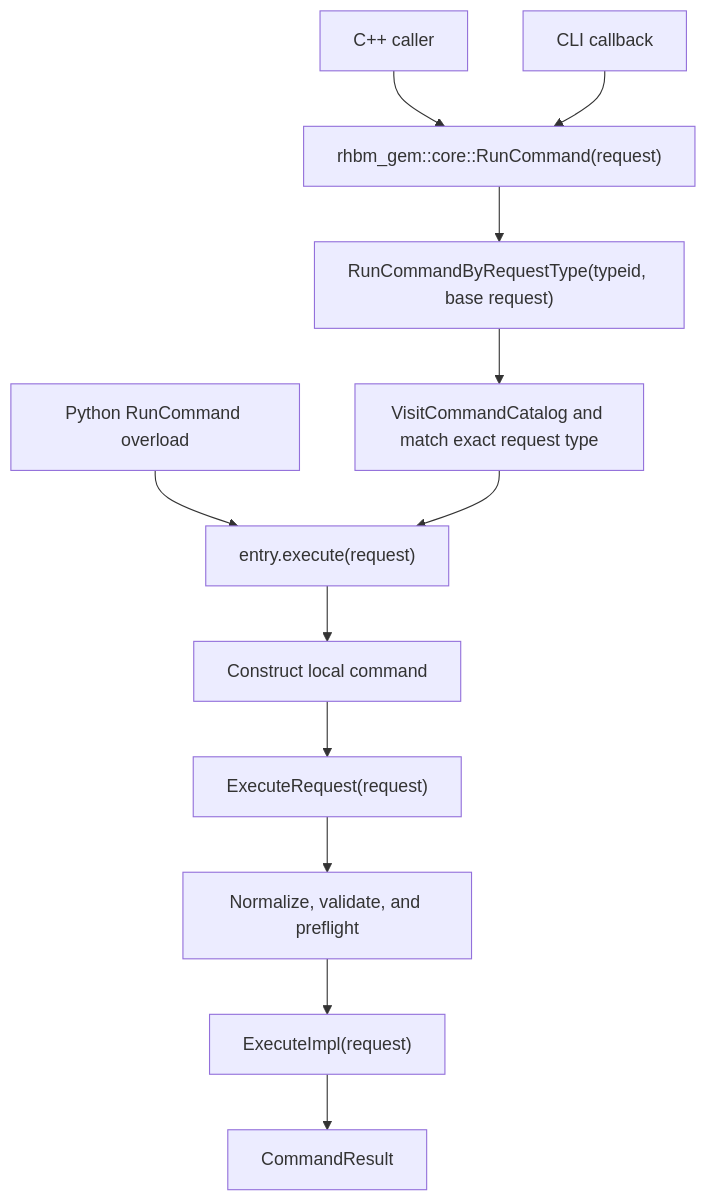
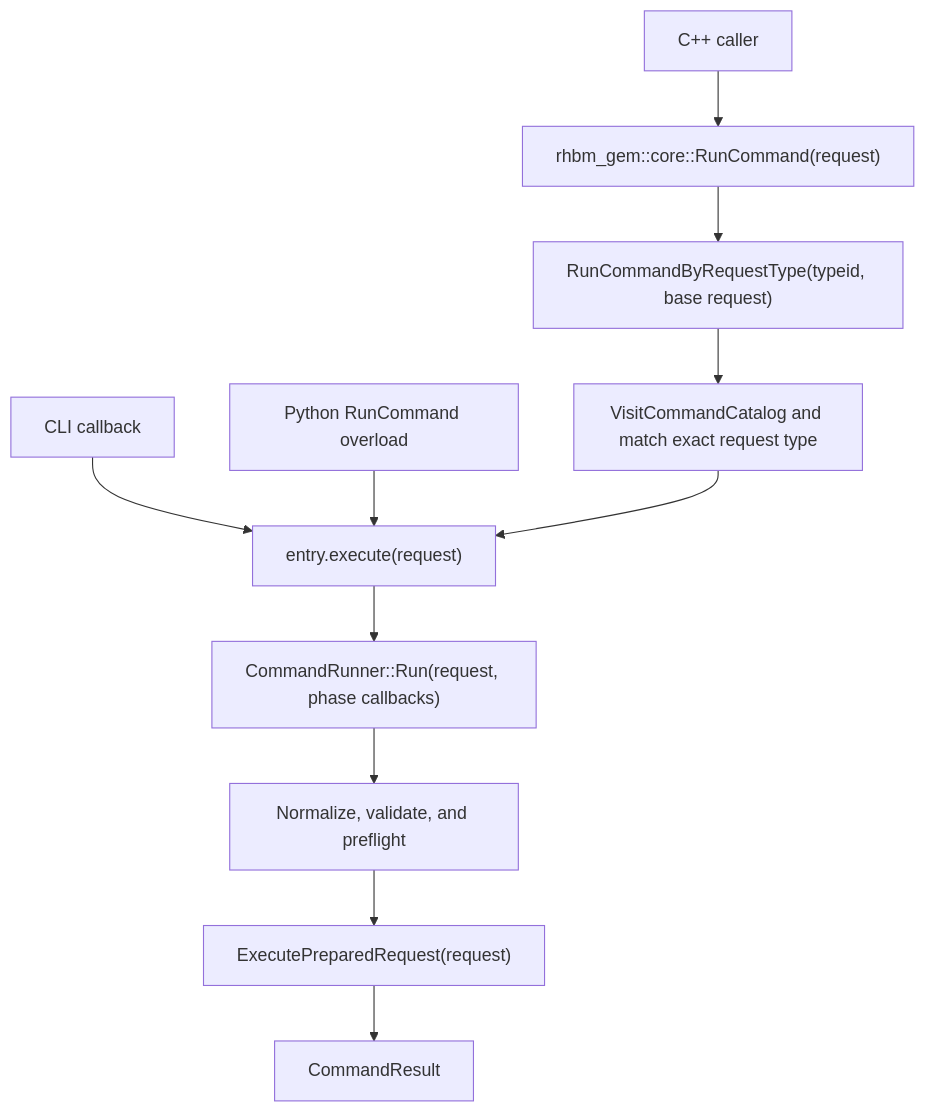
The diagram in docs/developer/architecture/command-architecture.md (yslianTim/rhbm_gem), drawn with Mermaid before and after one commit. The commit also changed other lines of this file and 22 other files, not shown here.

````diff
--- a/docs/developer/architecture/command-architecture.md
+++ b/docs/developer/architecture/command-architecture.md
@@ -103,14 +102,13 @@
 ```mermaid
 flowchart TD
     A["C++ caller"] --> B["rhbm_gem::core::RunCommand(request)"]
-    C["CLI callback"] --> B
     B --> D["RunCommandByRequestType(typeid, base request)"]
     D --> E["VisitCommandCatalog and match exact request type"]
-    F["Python RunCommand overload"] --> G["entry.execute(request)"]
+    C["CLI callback"] --> G["entry.execute(request)"]
+    F["Python RunCommand overload"] --> G
     E --> G
-    G --> H["Construct local command"]
-    H --> I["ExecuteRequest(request)"]
+    G --> I["CommandRunner::Run(request, phase callbacks)"]
     I --> J["Normalize, validate, and preflight"]
-    J --> K["ExecuteImpl(request)"]
+    J --> K["ExecutePreparedRequest(request)"]
     K --> L["CommandResult"]
 ```
````
